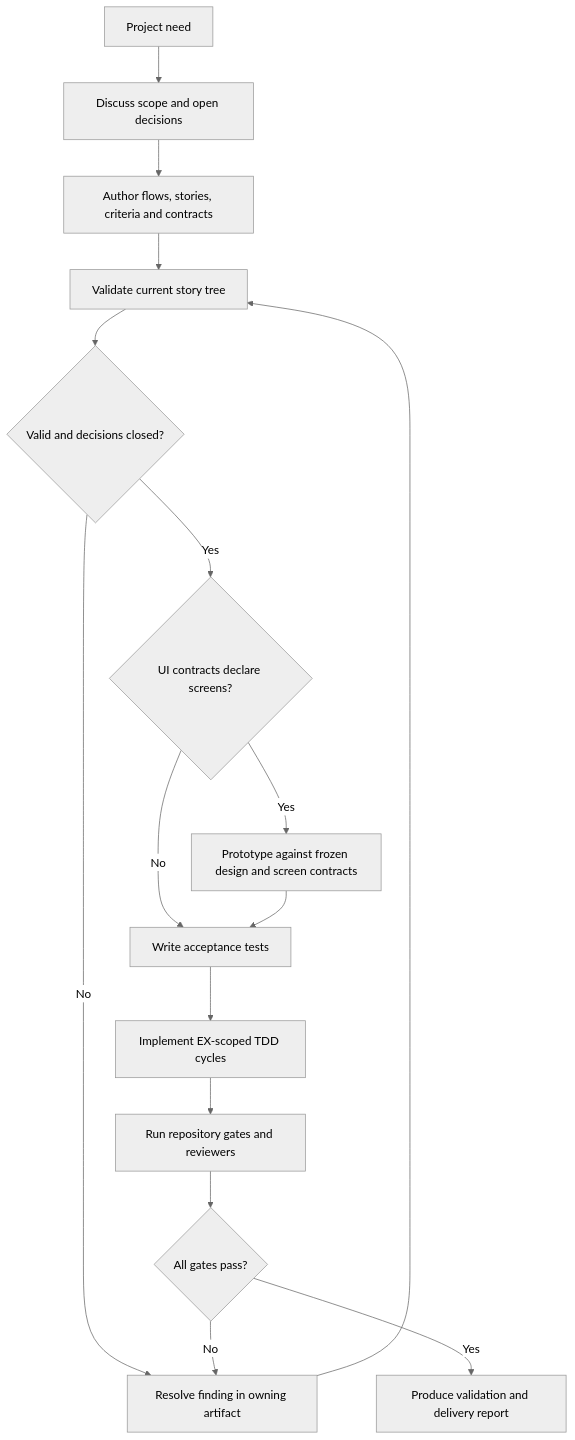
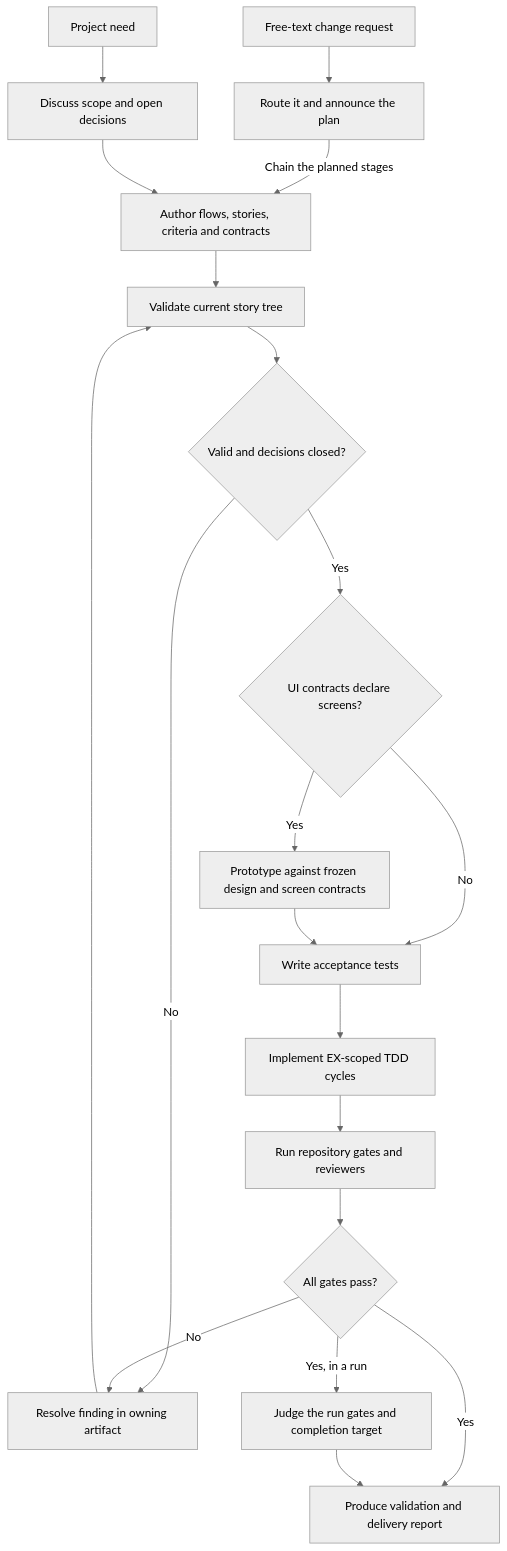
One commit to aganesy/QFAI changed the diagram in .qfai/spec/02_business-flow/business-flow-0001/business-flow.md. Above: the diagram before and after it, drawn with Mermaid (neutral theme). The commit also changed other lines of this file and 120 other files, not shown here.

````diff
--- a/.qfai/spec/02_business-flow/business-flow-0001/business-flow.md
+++ b/.qfai/spec/02_business-flow/business-flow-0001/business-flow.md
@@ -12,18 +12,22 @@
 ```mermaid
 flowchart TD
   Need[Project need] --> Discuss[Discuss scope and open decisions]
+  Request[Free-text change request] --> Route[Route it and announce the plan]
+  Route -->|Chain the planned stages| SDD
   Discuss --> SDD[Author flows, stories, criteria and contracts]
   SDD --> Validate[Validate current story tree]
   Validate --> Ready{Valid and decisions closed?}
   Ready -->|No| Repair[Resolve finding in owning artifact]
   Repair --> Validate
   Ready -->|Yes| UI{UI contracts declare screens?}
   UI -->|Yes| Prototype[Prototype against frozen design and screen contracts]
   UI -->|No| ATDD[Write acceptance tests]
   Prototype --> ATDD
   ATDD --> Implement[Implement EX-scoped TDD cycles]
   Implement --> Verify[Run repository gates and reviewers]
   Verify --> Gate{All gates pass?}
   Gate -->|No| Repair
   Gate -->|Yes| Report[Produce validation and delivery report]
+  Gate -->|Yes, in a run| Finish[Judge the run gates and completion target]
+  Finish --> Report
 ```
````
